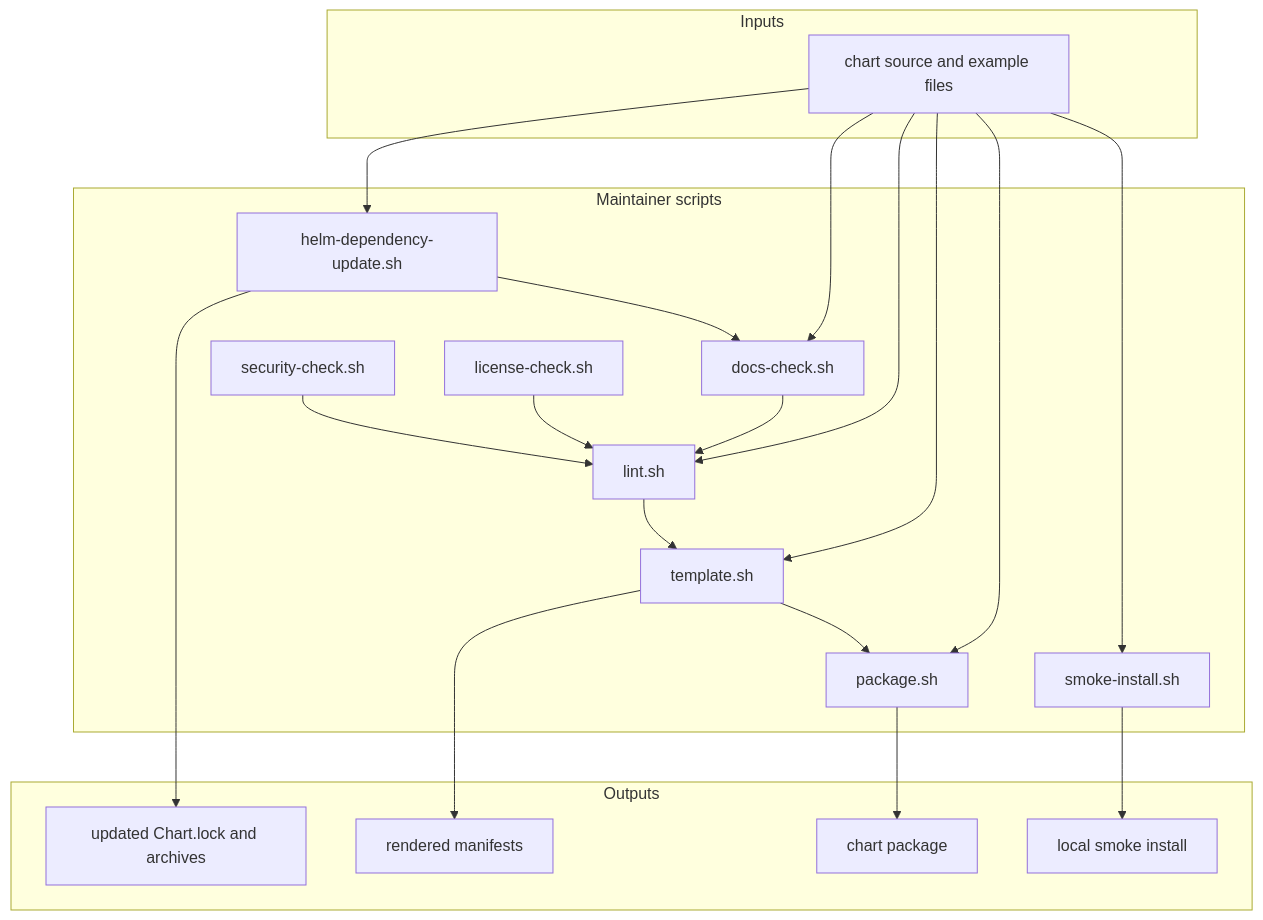
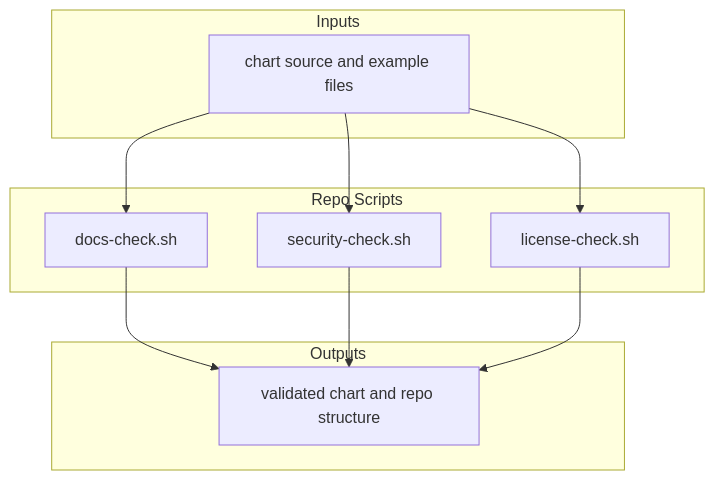
Before and after one commit to sanger-pathogens/dlh-in-a-box-umbrella-helm-chart: the diagram in scripts/repo/README.md, drawn with Mermaid. The commit also changed 2 other files, not shown here.

Commit message:
Update MR template and docs

````diff
--- a/scripts/repo/README.md
+++ b/scripts/repo/README.md
@@ -14,41 +14,23 @@
 ```mermaid
 flowchart TD
   subgraph Inputs["Inputs"]
     Source[chart source and example files]
   end
 
-  subgraph Checks["Maintainer scripts"]
-    Deps[helm-dependency-update.sh]
+  subgraph RepoScripts["Repo Scripts"]
     Docs[docs-check.sh]
     Security[security-check.sh]
     License[license-check.sh]
-    Lint[lint.sh]
-    Template[template.sh]
-    Package[package.sh]
-    Smoke[smoke-install.sh]
   end
 
   subgraph Outputs["Outputs"]
-    Lockfiles[updated Chart.lock and archives]
-    Rendered[rendered manifests]
-    PackageOut[chart package]
-    SmokeRun[local smoke install]
+    ValidatedChart[validated chart and repo structure]
   end
 
-  Source --> Deps
   Source --> Docs
-  Source --> Lint
-  Source --> Template
-  Source --> Package
-  Source --> Smoke
-  Deps --> Lockfiles
-  Deps --> Docs
-  Docs --> Lint
-  Security --> Lint
-  License --> Lint
-  Lint --> Template
-  Template --> Rendered
-  Template --> Package
-  Package --> PackageOut
-  Smoke --> SmokeRun
+  Source --> Security
+  Source --> License
+  Docs --> ValidatedChart
+  Security --> ValidatedChart
+  License --> ValidatedChart
 ```
````
